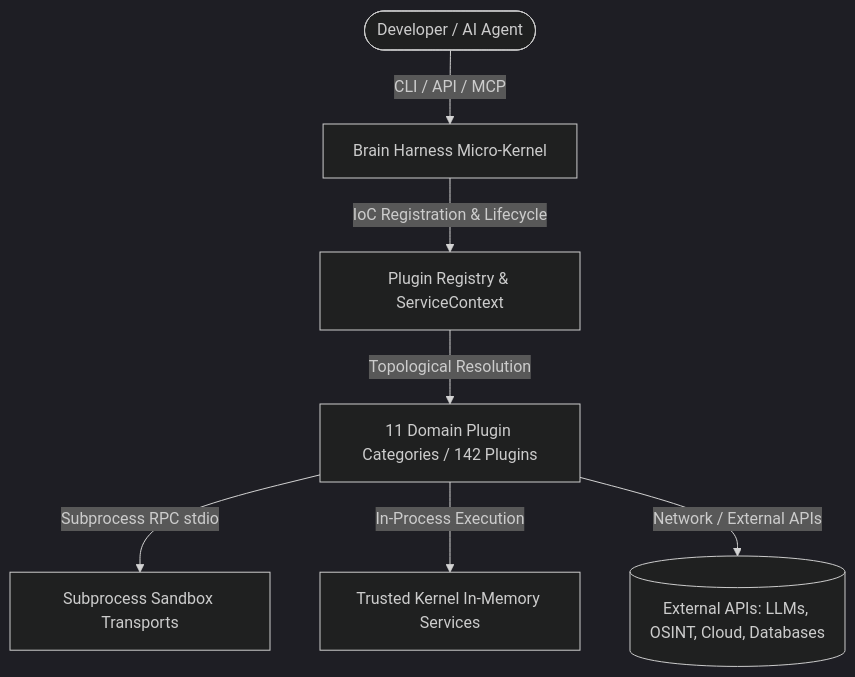
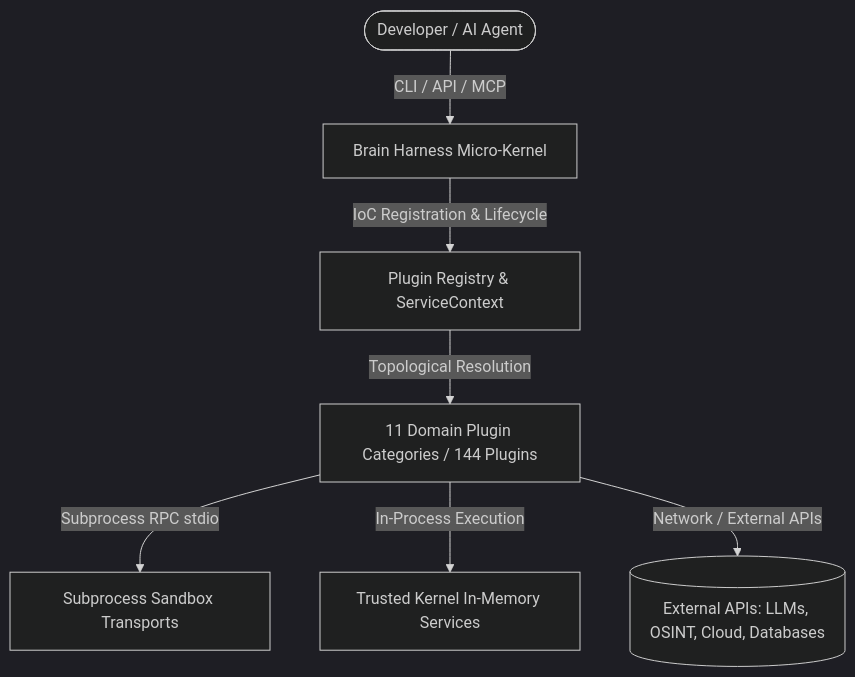
The first of 2 diagrams in plugins/README.md (SpectreDeath/Brain-Harness), drawn with Mermaid (dark theme) before and after one commit. The commit also changed 27 other files, not shown here.

````diff
--- a/plugins/README.md
+++ b/plugins/README.md
@@ -11,9 +11,9 @@
 ```mermaid
 flowchart TD
     User([Developer / AI Agent]) -->|CLI / API / MCP| Kernel[Brain Harness Micro-Kernel]
     Kernel -->|IoC Registration & Lifecycle| Registry[Plugin Registry & ServiceContext]
-    Registry -->|Topological Resolution| Plugins[11 Domain Plugin Categories / 142 Plugins]
+    Registry -->|Topological Resolution| Plugins[11 Domain Plugin Categories / 144 Plugins]
     Plugins -->|Subprocess RPC stdio| Sandbox[Subprocess Sandbox Transports]
     Plugins -->|In-Process Execution| CoreServices[Trusted Kernel In-Memory Services]
     Plugins -->|Network / External APIs| External[(External APIs: LLMs, OSINT, Cloud, Databases)]
 ```
````
